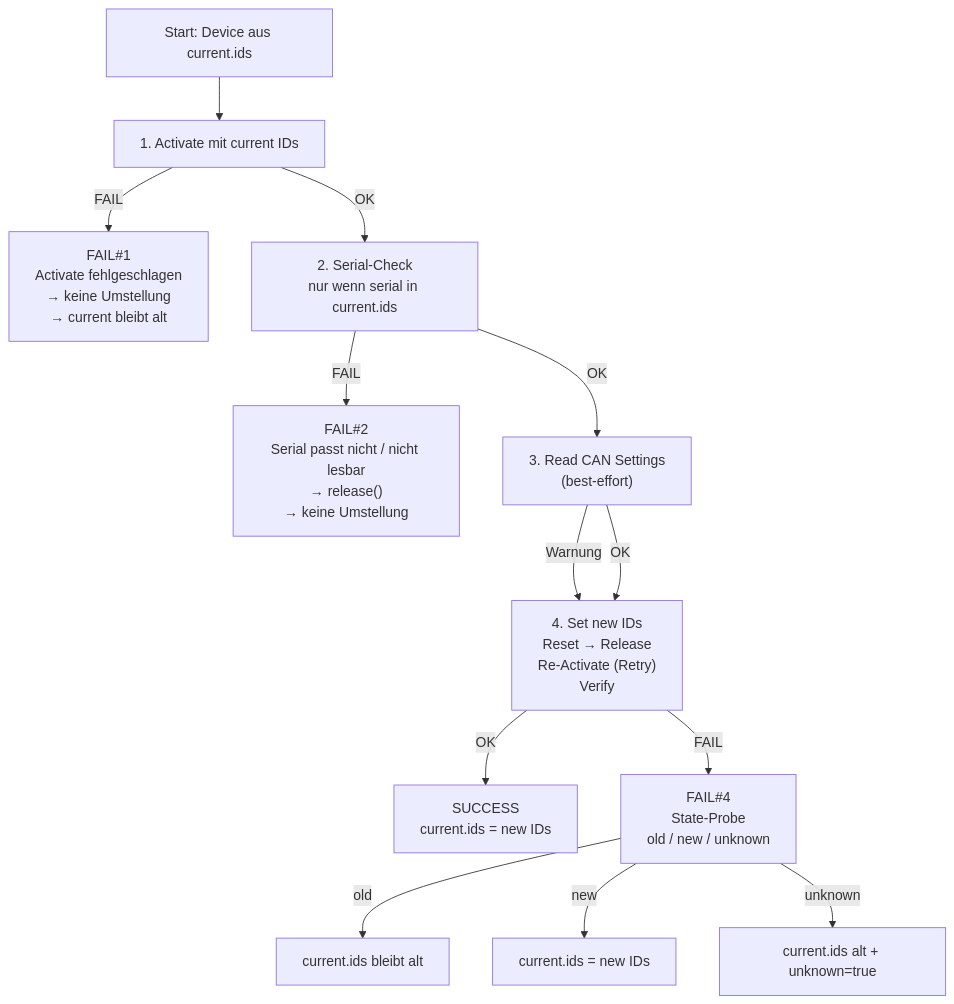
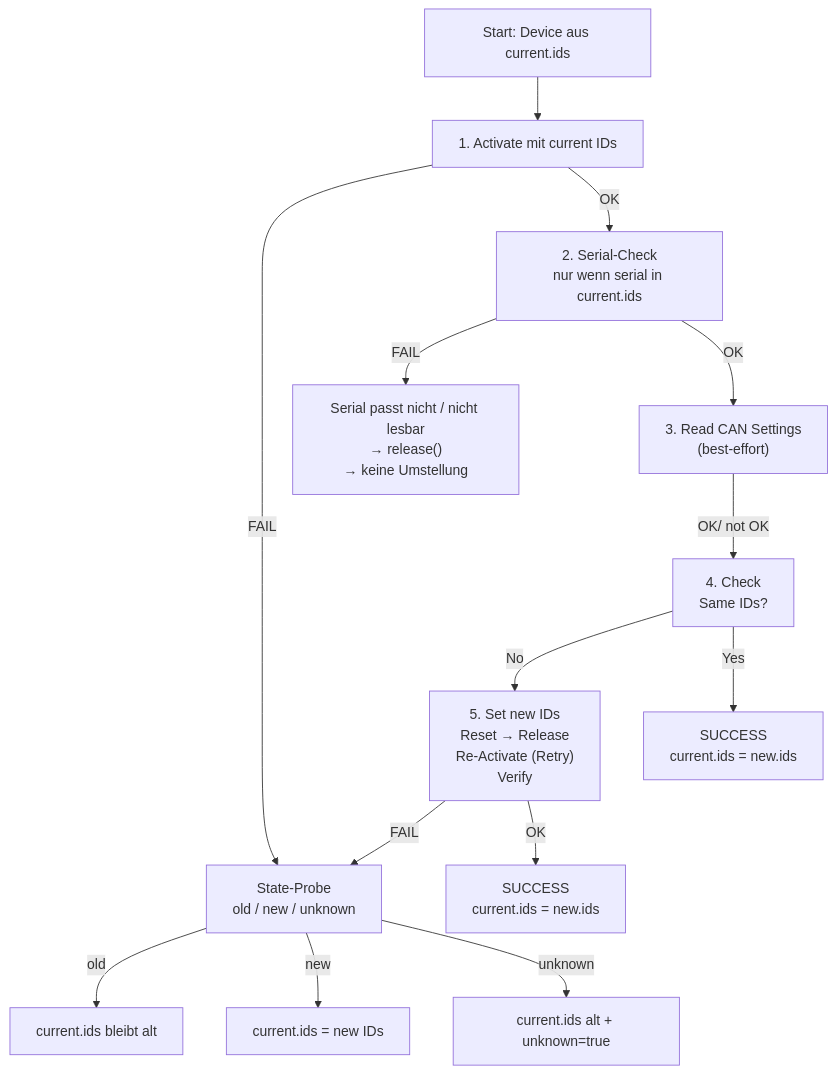
One commit to me-systeme/StartupCAN changed the first of 21 diagrams in README.md. Above: the diagram before and after it, drawn with Mermaid. The commit also changed other lines of this file and 3 other files, not shown here.

Commit message:
merge current ids and safe release

````diff
--- a/README.md
+++ b/README.md
@@ -5,21 +5,23 @@
 ```mermaid
 flowchart TD
   A["Start: Device aus current.ids"] --> B["1. Activate mit current IDs"]
 
-  B -->|FAIL| F1["FAIL#1<br/>Activate fehlgeschlagen<br/>→ keine Umstellung<br/>→ current bleibt alt"]
+  B -->|FAIL| P
   B -->|OK| C["2. Serial-Check<br/>nur wenn serial in current.ids"]
 
-  C -->|FAIL| F2["FAIL#2<br/>Serial passt nicht / nicht lesbar<br/>→ release()<br/>→ keine Umstellung"]
+  C -->|FAIL| F2["Serial passt nicht / nicht lesbar<br/>→ release()<br/>→ keine Umstellung"]
   C -->|OK| D["3. Read CAN Settings<br/>(best-effort)"]
 
-  D -->|Warnung| E
-  D -->|OK| E["4. Set new IDs<br/>Reset → Release<br/>Re-Activate (Retry)<br/>Verify"]
-
-  E -->|OK| S["SUCCESS<br/>current.ids = new IDs"]
-  E -->|FAIL| P["FAIL#4<br/>State-Probe<br/>old / new / unknown"]
+  D -->|OK/ not OK| E["4. Check <br/>Same IDs?"]
+  
+  E -->|No| F["5. Set new IDs<br/>Reset → Release<br/>Re-Activate (Retry)<br/>Verify"]
+  E -->|Yes| F3["SUCCESS<br/>current.ids = new.ids"]
+  
+  F -->|FAIL| P["State-Probe<br/>old / new / unknown"]
+  F -->|OK| S["SUCCESS<br/>current.ids = new.ids"]
 
   P -->|old| O["current.ids bleibt alt"]
   P -->|new| N["current.ids = new IDs"]
   P -->|unknown| U["current.ids alt + unknown=true"]
 
 ``` 
````
